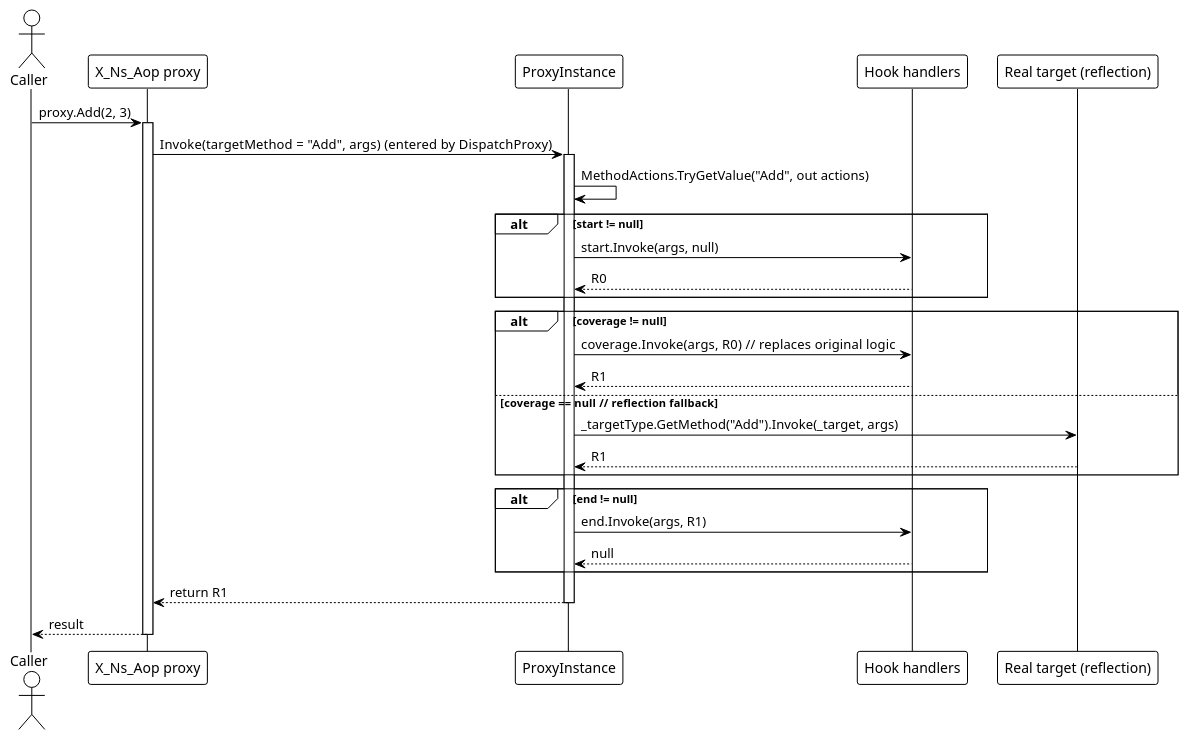
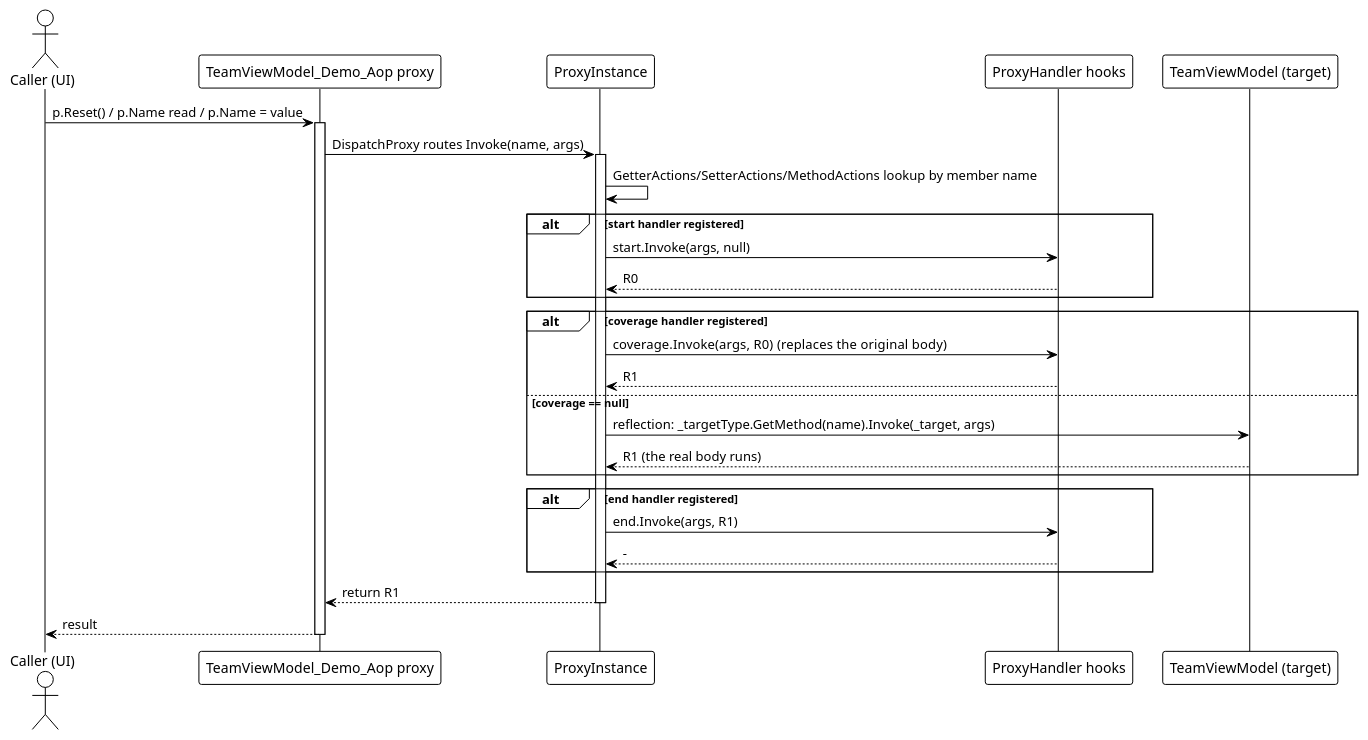
Before and after one commit to Axvser/VeloxDev.Docs: the second of 2 diagrams in src/CloudGlyph/Assets/Docs/content/en/3_SE_Analysis/03_data-flow/05_aop/index.md, drawn with PlantUML. The commit also changed other lines of this file and 443 other files, not shown here.

````diff
--- a/src/CloudGlyph/Assets/Docs/content/en/3_SE_Analysis/03_data-flow/05_aop/index.md
+++ b/src/CloudGlyph/Assets/Docs/content/en/3_SE_Analysis/03_data-flow/05_aop/index.md
@@ -58,37 +66,42 @@
 ```plantuml
 @startuml
 !theme plain
 
-actor Caller as C
-participant "X_Ns_Aop proxy" as P
+actor "Caller (UI)" as C
+participant "TeamViewModel_Demo_Aop proxy" as P
 participant "ProxyInstance" as PI
-participant "Hook handlers" as H
-participant "Real target (reflection)" as T
+participant "ProxyHandler hooks" as H
+participant "TeamViewModel (target)" as T
 
-C -> P: proxy.Add(2, 3)
+C -> P: p.Reset() / p.Name read / p.Name = value
 activate P
-P -> PI: Invoke(targetMethod = "Add", args)   (entered by DispatchProxy)
+P -> PI: DispatchProxy routes Invoke(name, args)
 activate PI
-PI -> PI: MethodActions.TryGetValue("Add", out actions)
-alt start != null
+
+PI -> PI: GetterActions/SetterActions/MethodActions lookup by member name
+
+alt start handler registered
     PI -> H: start.Invoke(args, null)
     H --> PI: R0
 end
-alt coverage != null
-    PI -> H: coverage.Invoke(args, R0)   // replaces original logic
+
+alt coverage handler registered
+    PI -> H: coverage.Invoke(args, R0)   (replaces the original body)
     H --> PI: R1
-else coverage == null   // reflection fallback
-    PI -> T: _targetType.GetMethod("Add").Invoke(_target, args)
-    T --> PI: R1
+else coverage == null
+    PI -> T: reflection: _targetType.GetMethod(name).Invoke(_target, args)
+    T --> PI: R1 (the real body runs)
 end
-alt end != null
+
+alt end handler registered
     PI -> H: end.Invoke(args, R1)
-    H --> PI: null
+    H --> PI: -
 end
+
 PI --> P: return R1
 deactivate PI
 P --> C: result
 deactivate P
 
 @enduml
 ```
````
